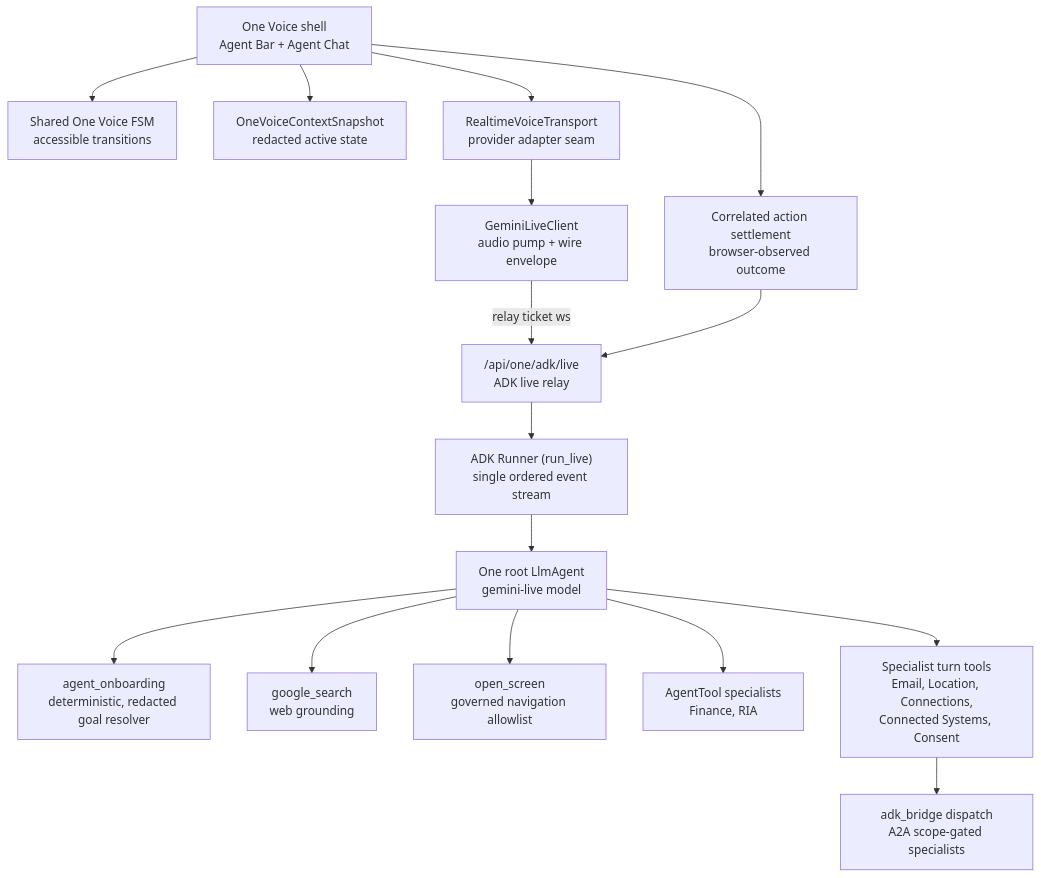
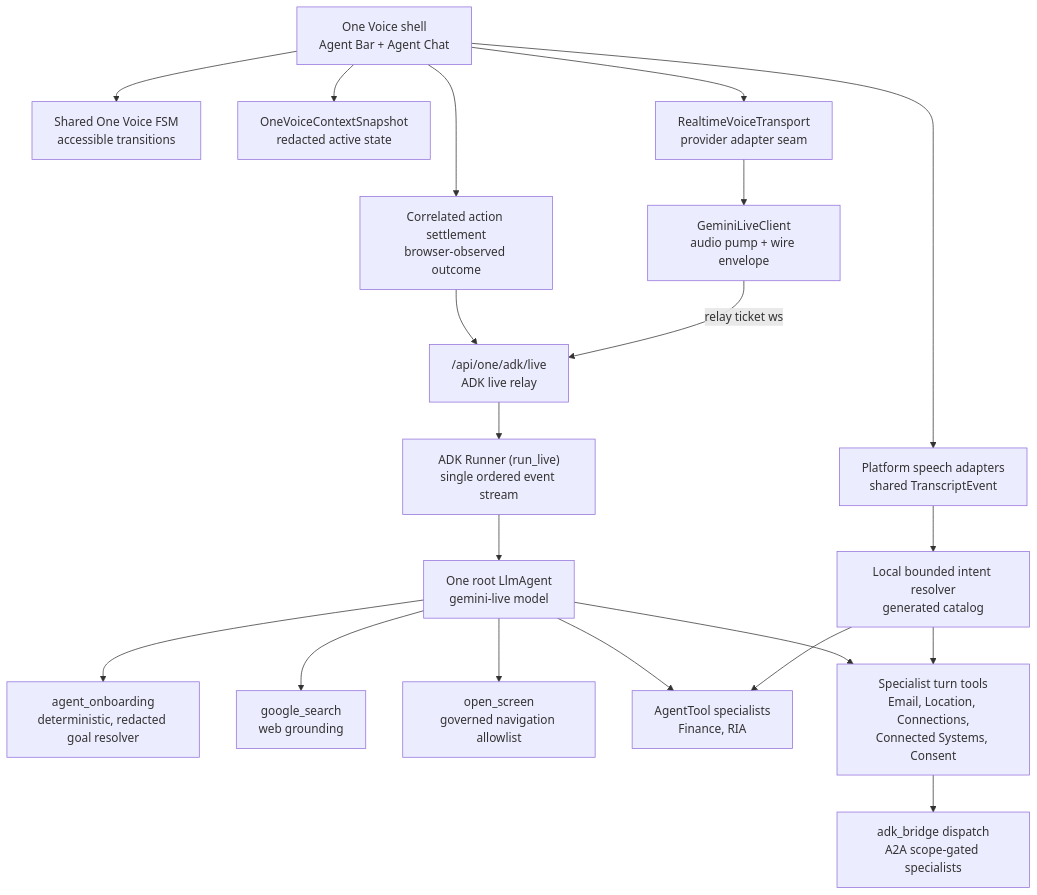
Before and after one commit to DamriaNeelesh/hushh-research: the diagram in docs/reference/one/one-voice-runtime-architecture.md, drawn with Mermaid. The commit also changed other lines of this file and 150 other files, not shown here.

````diff
--- a/docs/reference/one/one-voice-runtime-architecture.md
+++ b/docs/reference/one/one-voice-runtime-architecture.md
@@ -7,34 +7,40 @@
 ```mermaid
 flowchart TD
   shell["One Voice shell<br/>Agent Bar + Agent Chat"]
   fsm["Shared One Voice FSM<br/>accessible transitions"]
   context["OneVoiceContextSnapshot<br/>redacted active state"]
   transport["RealtimeVoiceTransport<br/>provider adapter seam"]
+  speech["Platform speech adapters<br/>shared TranscriptEvent"]
+  local["Local bounded intent resolver<br/>generated catalog"]
   gemini["GeminiLiveClient<br/>audio pump + wire envelope"]
   settlement["Correlated action settlement<br/>browser-observed outcome"]
   relay["/api/one/adk/live<br/>ADK live relay"]
   runner["ADK Runner (run_live)<br/>single ordered event stream"]
   one["One root LlmAgent<br/>gemini-live model"]
   onboarding["agent_onboarding<br/>deterministic, redacted goal resolver"]
   search["google_search<br/>web grounding"]
   nav["open_screen<br/>governed navigation allowlist"]
   agenttools["AgentTool specialists<br/>Finance, RIA"]
   fntools["Specialist turn tools<br/>Email, Location, Connections,<br/>Connected Systems, Consent"]
   a2a["adk_bridge dispatch<br/>A2A scope-gated specialists"]
 
   shell --> fsm
   shell --> context
   shell --> transport
+  shell --> speech
+  speech --> local
+  local --> agenttools
+  local --> fntools
   transport --> gemini
   gemini -- "relay ticket ws" --> relay
   relay --> runner
   runner --> one
   one --> onboarding
   one --> search
   one --> nav
   one --> agenttools
   one --> fntools
   fntools --> a2a
   shell --> settlement
   settlement --> relay
 ```
````
